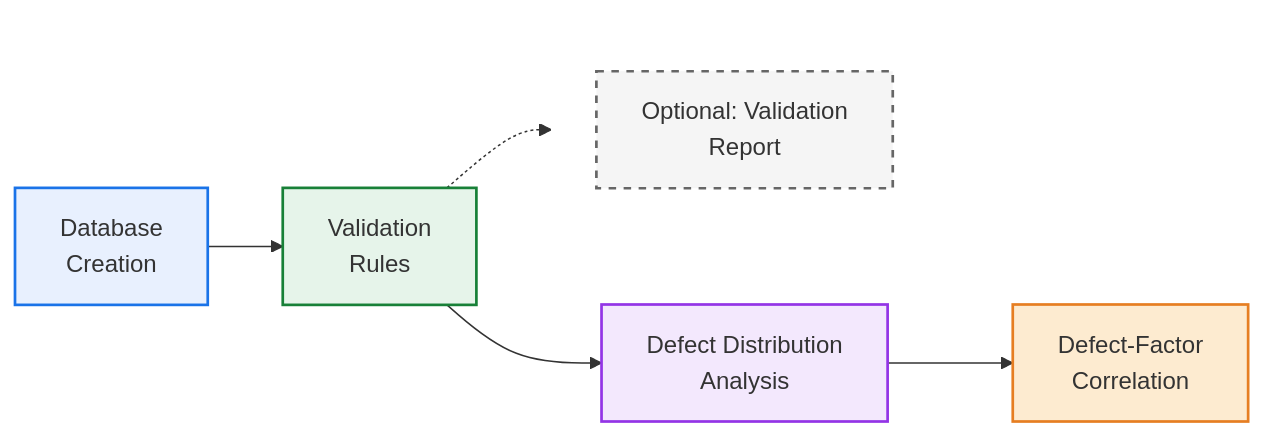
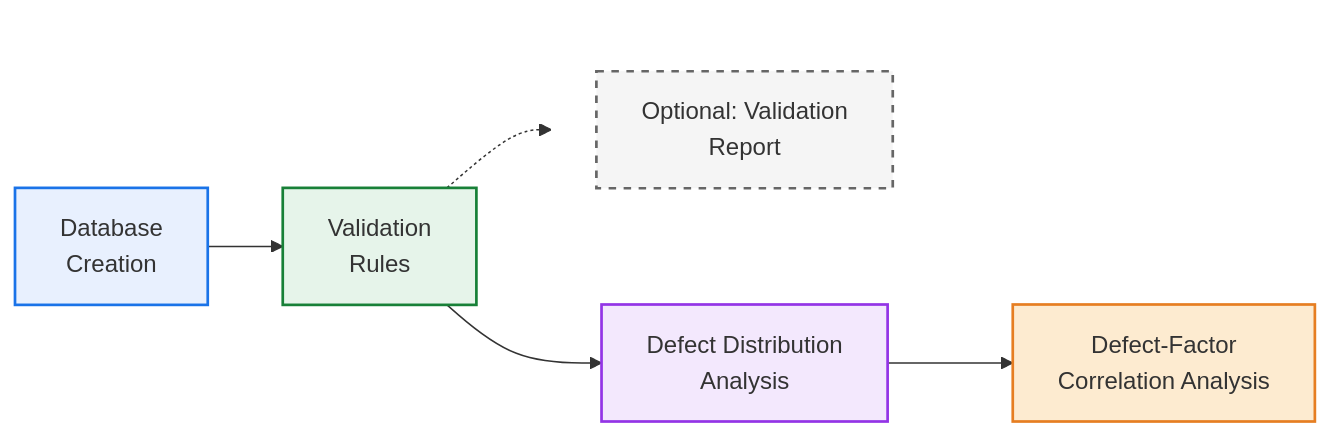
The diagram in profile/README.md (SewerDefectAnalysis/.github), drawn with Mermaid before and after one commit. The commit also changed other lines of this file, not shown here.

````diff
--- a/profile/README.md
+++ b/profile/README.md
@@ -2,29 +9,29 @@
 ```mermaid
 %%{init: {'flowchart': {'nodeSpacing': 40, 'rankSpacing': 50}}}%%
 flowchart LR
 
     A[Database<br/>Creation]:::data --> B[Validation<br/>Rules]:::validation
     B --> D[Defect Distribution<br/>Analysis]:::analysis
-    D --> E[Defect-Factor<br/>Correlation]:::analysisP2
+    D --> E[Defect-Factor<br/>Correlation Analysis]:::analysisP2
 
 
     %% Optional branch BELOW
     subgraph optional_branch[ ]
         direction TB
         C[Optional: Validation<br/>Report]:::optional
     end
     style optional_branch fill:none,stroke:none
     B -.-> C
 
     %% Click links
     click A "https://github.com/SewerDefectAnalysis/Database_Structure"
 
     %% Styles
     classDef data fill:#E8F0FE,stroke:#1A73E8,stroke-width:1.8px
     classDef validation fill:#E6F4EA,stroke:#188038,stroke-width:1.8px
     classDef analysis fill:#F3E8FD,stroke:#9334E6,stroke-width:1.8px
     classDef analysisP2 fill:#FDEBD0,stroke:#E67E22,stroke-width:1.8px
     classDef prediction fill:#FEF7E0,stroke:#F9AB00,stroke-width:1.8px
     classDef optional fill:#F5F5F5,stroke:#666666,stroke-width:1.8px,stroke-dasharray: 5 5
 
 ```
````
